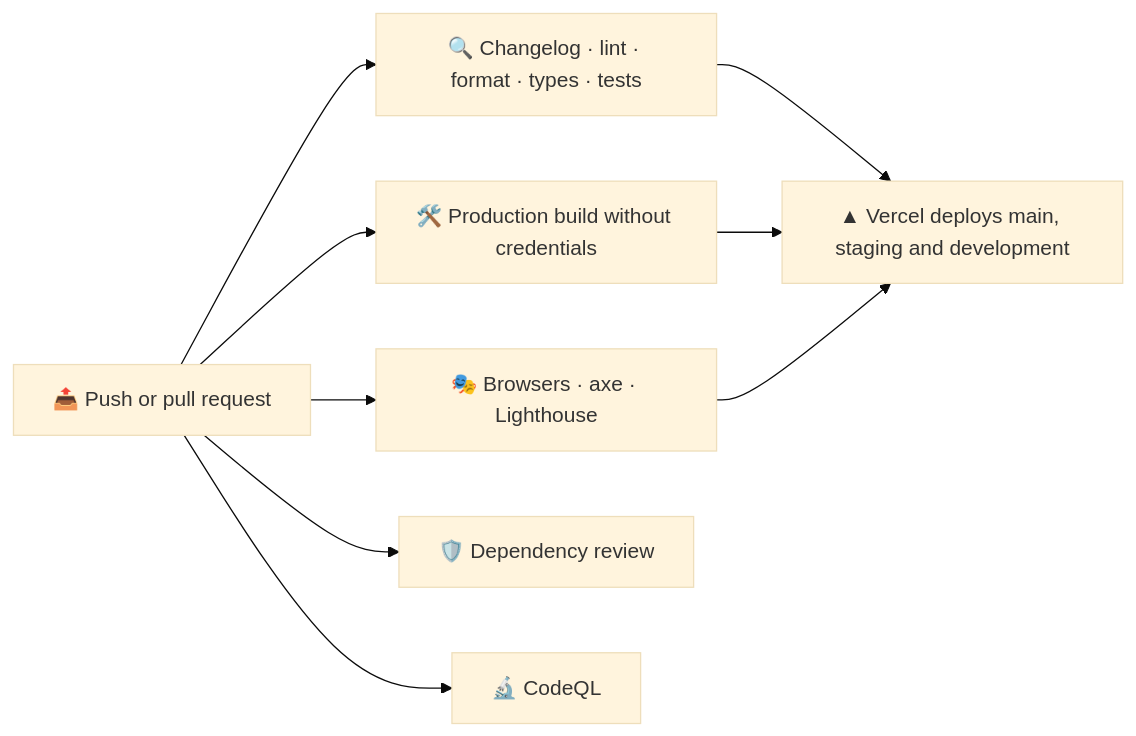
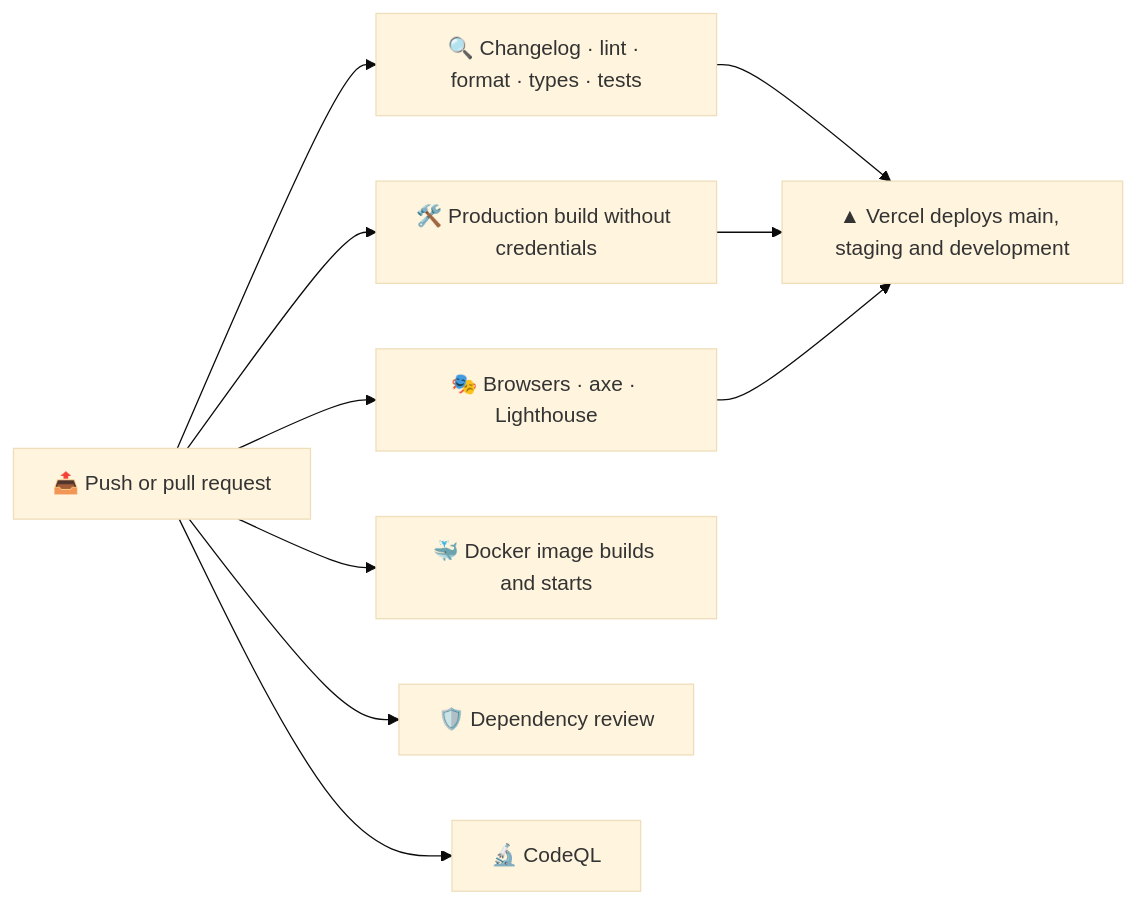
Before and after one commit to sacrificed666/next-faceit-stats: the diagram in docs/deployment.md, drawn with Mermaid (base theme). The commit also changed other lines of this file and 57 other files, not shown here.

````diff
--- a/docs/deployment.md
+++ b/docs/deployment.md
@@ -7,11 +9,12 @@
 ```mermaid
 flowchart LR
   Push[📤 Push or pull request] --> Verify[🔍 Changelog · lint · format · types · tests]
   Push --> Build[🛠️ Production build without credentials]
   Push --> E2E[🎭 Browsers · axe · Lighthouse]
+  Push --> Docker[🐳 Docker image builds and starts]
   Push --> Review[🛡️ Dependency review]
   Push --> CodeQL[🔬 CodeQL]
   Verify --> Vercel[▲ Vercel deploys main, staging and development]
   Build --> Vercel
   E2E --> Vercel
 ```
````
